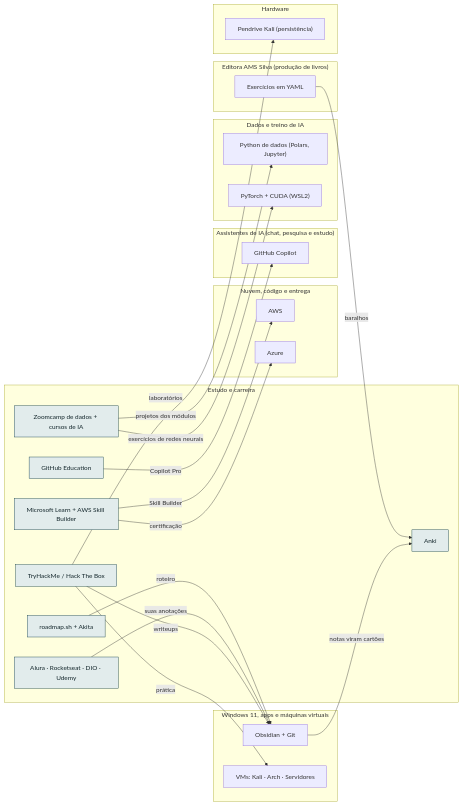
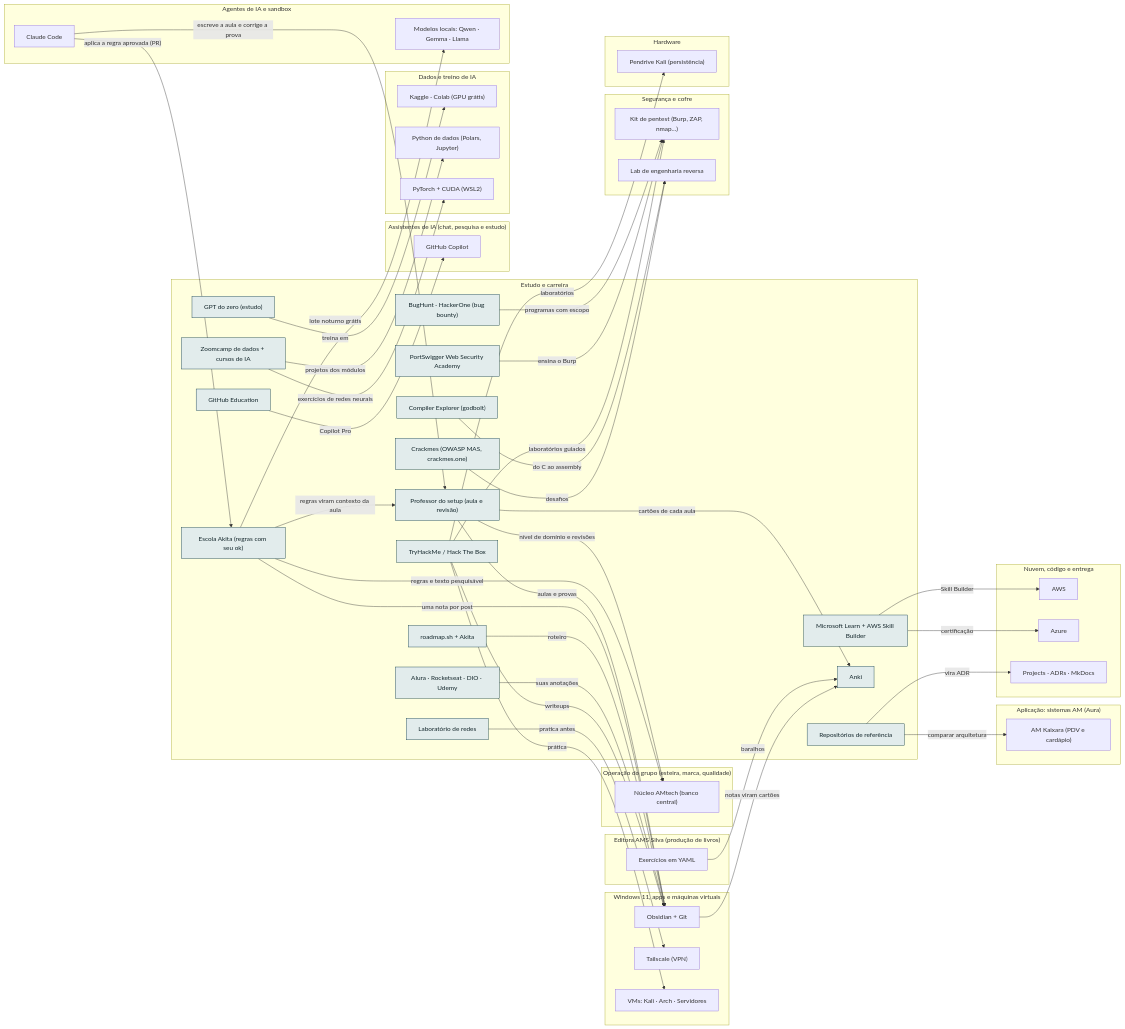
The diagram in 11-setup-dev-setup/docs/camadas/14-est.md (AlanMateus17/Portfolio-AMS-Obsidian-Vault), drawn with Mermaid before and after one commit. The commit also changed other lines of this file and 316 other files, not shown here.

First line of the commit message:
Um vault só: setup espelhado na pasta 11 e porta do dia no plano do eixo + Professor

````diff
--- a/11-setup-dev-setup/docs/camadas/14-est.md
+++ b/11-setup-dev-setup/docs/camadas/14-est.md
@@ -21,6 +21,18 @@
     n_road["roadmap.sh + Akita"]
     n_ghed["GitHub Education"]
     n_dez["Zoomcamp de dados + cursos de IA"]
+    n_gptzero["GPT do zero (estudo)"]
+    n_labrede["Laboratório de redes"]
+    n_portsw["PortSwigger Web Security Academy"]
+    n_crackmes["Crackmes (OWASP MAS, crackmes.one)"]
+    n_bbplat["BugHunt · HackerOne (bug bounty)"]
+    n_godbolt["Compiler Explorer (godbolt)"]
+    n_refarq["Repositórios de referência"]
+    n_akita["Escola Akita (regras com seu ok)"]
+    n_professor["Professor do setup (aula e revisão)"]
+  end
+  subgraph L_oper["Operação do grupo (esteira, marca, qualidade)"]
+    n_nucleo["Núcleo AMtech (banco central)"]
   end
   subgraph L_editora["Editora AMS Silva (produção de livros)"]
     n_exyaml["Exercícios em YAML"]
@@ -28,17 +40,31 @@
   subgraph L_nuvem["Nuvem, código e entrega"]
     n_aws["AWS"]
     n_azure["Azure"]
+    n_ghproj["Projects · ADRs · MkDocs"]
+  end
+  subgraph L_app["Aplicação: sistemas AM (Aura)"]
+    n_nkaix["AM Kaixara (PDV e cardápio)"]
   end
   subgraph L_chat["Assistentes de IA (chat, pesquisa e estudo)"]
     n_copi["GitHub Copilot"]
   end
   subgraph L_dados["Dados e treino de IA"]
+    n_kgl["Kaggle · Colab (GPU grátis)"]
     n_pyds["Python de dados (Polars, Jupyter)"]
     n_torch["PyTorch + CUDA (WSL2)"]
   end
+  subgraph L_ia["Agentes de IA e sandbox"]
+    n_cc["Claude Code"]
+    n_lmods["Modelos locais: Qwen · Gemma · Llama"]
+  end
   subgraph L_win["Windows 11, apps e máquinas virtuais"]
     n_obsd["Obsidian + Git"]
+    n_tail["Tailscale (VPN)"]
     n_vms["VMs: Kali · Arch · Servidores"]
+  end
+  subgraph L_seg["Segurança e cofre"]
+    n_kitpent["Kit de pentest (Burp, ZAP, nmap…)"]
+    n_relab["Lab de engenharia reversa"]
   end
   subgraph L_hw["Hardware"]
     n_pkali["Pendrive Kali (persistência)"]
@@ -48,13 +74,31 @@
   n_thm -->|"prática"| n_vms
   n_thm -->|"writeups"| n_obsd
   n_thm -->|"laboratórios"| n_pkali
+  n_thm -->|"laboratórios guiados"| n_kitpent
   n_plat -->|"suas anotações"| n_obsd
   n_obsd -->|"notas viram cartões"| n_anki
   n_exyaml -->|"baralhos"| n_anki
+  n_professor -->|"cartões de cada aula"| n_anki
   n_road -->|"roteiro"| n_obsd
   n_ghed -->|"Copilot Pro"| n_copi
   n_dez -->|"projetos dos módulos"| n_pyds
   n_dez -->|"exercícios de redes neurais"| n_torch
+  n_gptzero -->|"treina em"| n_kgl
+  n_labrede -->|"pratica antes"| n_tail
+  n_portsw -->|"ensina o Burp"| n_kitpent
+  n_crackmes -->|"desafios"| n_relab
+  n_bbplat -->|"programas com escopo"| n_kitpent
+  n_godbolt -->|"do C ao assembly"| n_relab
+  n_refarq -->|"comparar arquitetura"| n_nkaix
+  n_refarq -->|"vira ADR"| n_ghproj
+  n_akita -->|"regras e texto pesquisável"| n_nucleo
+  n_akita -->|"uma nota por post"| n_obsd
+  n_akita -->|"lote noturno grátis"| n_lmods
+  n_akita -->|"regras viram contexto da aula"| n_professor
+  n_cc -->|"aplica a regra aprovada (PR)"| n_akita
+  n_professor -->|"nível de domínio e revisões"| n_nucleo
+  n_professor -->|"aulas e provas"| n_obsd
+  n_cc -->|"escreve a aula e corrige a prova"| n_professor
   classDef desta fill:#e2ecec,stroke:#0e3a45,color:#13262b
-  class n_learn,n_thm,n_plat,n_anki,n_road,n_ghed,n_dez desta
+  class n_learn,n_thm,n_plat,n_anki,n_road,n_ghed,n_dez,n_gptzero,n_labrede,n_portsw,n_crackmes,n_bbplat,n_godbolt,n_refarq,n_akita,n_professor desta
 ```
````
